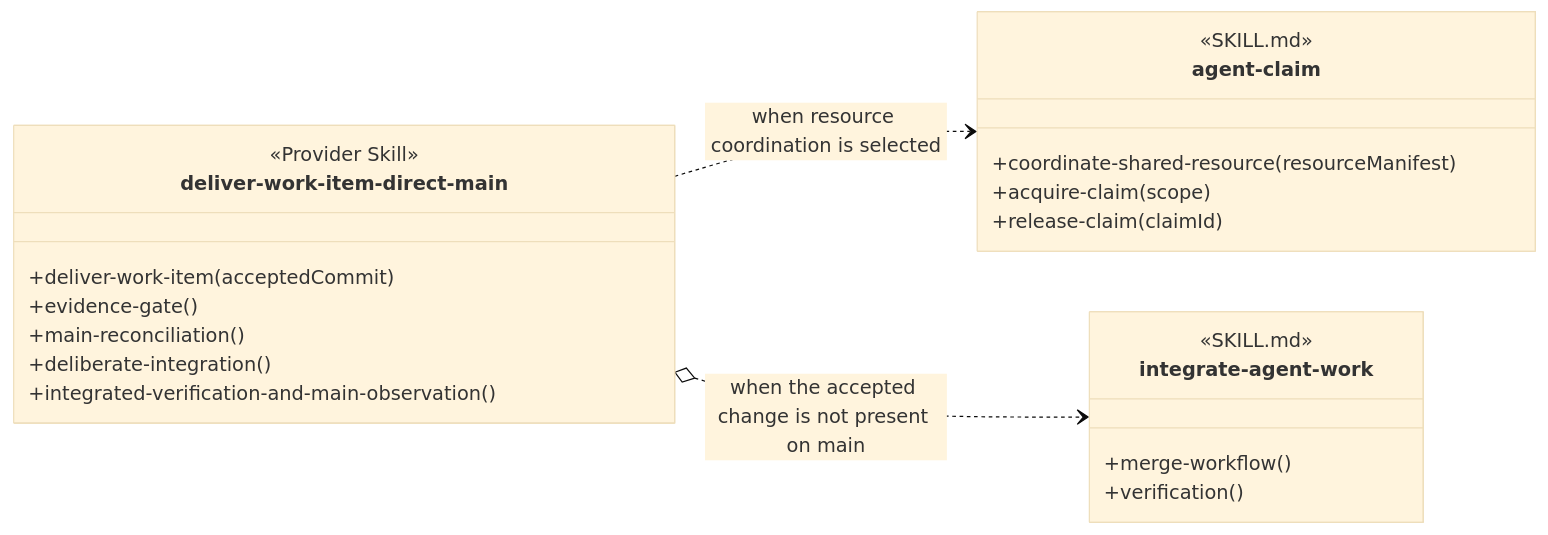
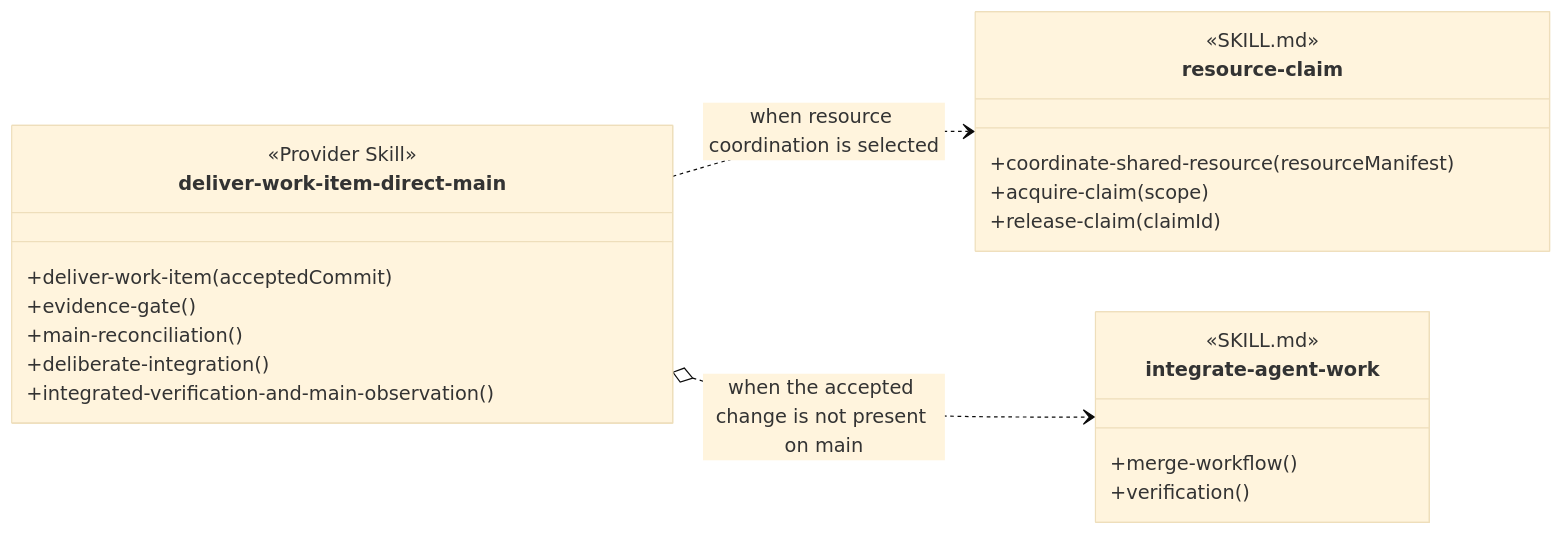
The third of 3 diagrams in design/skill-groups/direct-main-delivery.md (martinbechard/dev-methodology), drawn with Mermaid (base theme) before and after one commit. The commit also changed other lines of this file and 136 other files, not shown here.

Commit message:
Rename agent claim family to resource claim

````diff
--- a/design/skill-groups/direct-main-delivery.md
+++ b/design/skill-groups/direct-main-delivery.md
@@ -82,29 +82,29 @@
 ```mermaid
 classDiagram
     direction LR
 
     class deliver-work-item-direct-main {
         <<Provider Skill>>
         +deliver-work-item(acceptedCommit)
         +evidence-gate()
         +main-reconciliation()
         +deliberate-integration()
         +integrated-verification-and-main-observation()
     }
-    class agent-claim {
+    class resource-claim {
         <<SKILL.md>>
         <<Cross-group>>
         +coordinate-shared-resource(resourceManifest)
         +acquire-claim(scope)
         +release-claim(claimId)
     }
     class integrate-agent-work {
         <<SKILL.md>>
         <<Cross-group>>
         +merge-workflow()
         +verification()
     }
 
-    deliver-work-item-direct-main ..> agent-claim : when resource coordination is selected
+    deliver-work-item-direct-main ..> resource-claim : when resource coordination is selected
     deliver-work-item-direct-main o..> integrate-agent-work : when the accepted change is not present on main
 ```
````
